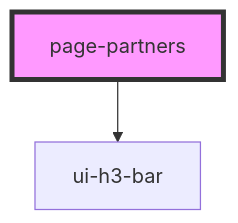
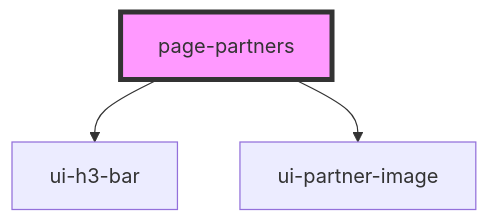
One commit to pizza-to-the-polls/power-the-polls changed the diagram in site/src/components/page-partners/readme.md. Above: the diagram before and after it, drawn with Mermaid. The commit also changed other lines of this file and 15 other files, not shown here.

````diff
--- a/site/src/components/page-partners/readme.md
+++ b/site/src/components/page-partners/readme.md
@@ -22,5 +23,6 @@
 ```mermaid
 graph TD;
   page-partners --> ui-h3-bar
+  page-partners --> ui-partner-image
   style page-partners fill:#f9f,stroke:#333,stroke-width:4px
 ```
````
